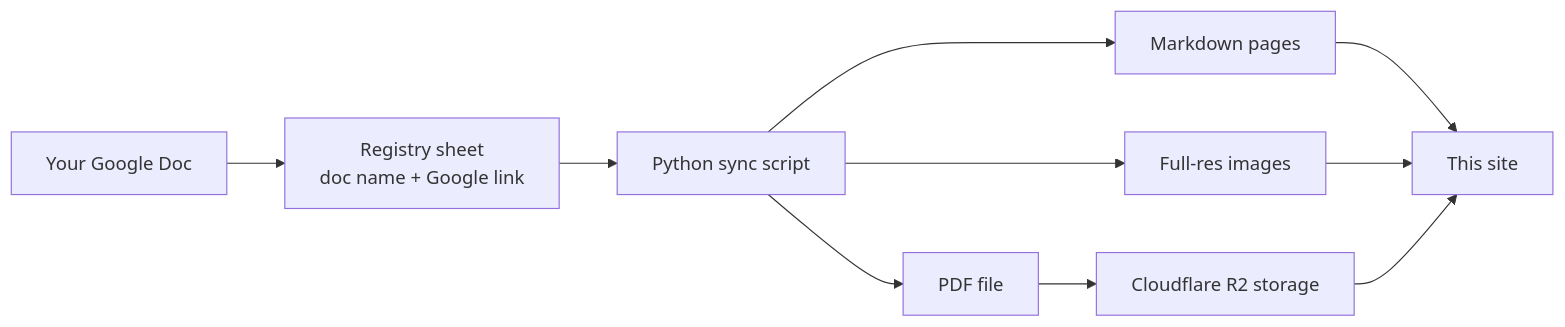
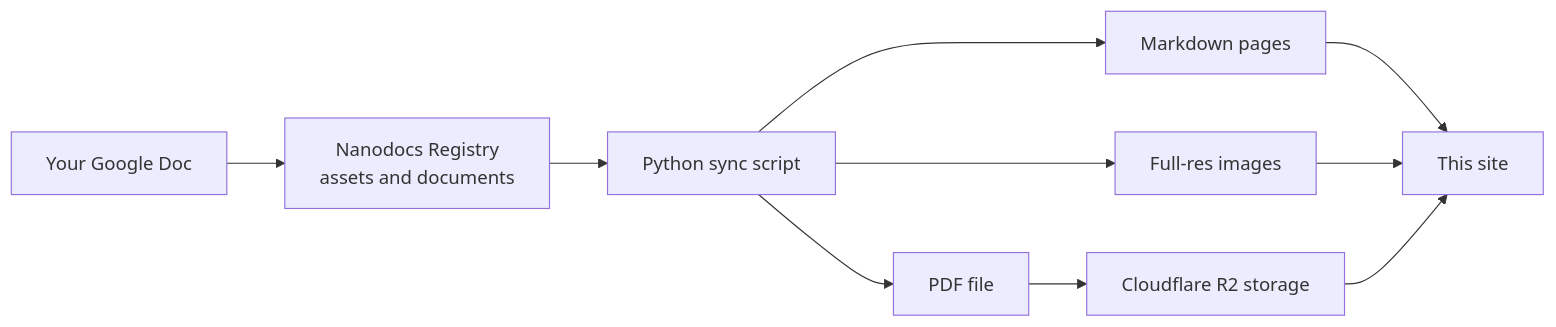
The diagram in docs/authoring/index.md (asrc-nanofab/nanodocs), drawn with Mermaid before and after one commit. The commit also changed other lines of this file and 560 other files, not shown here.

First line of the commit message:
Publish pages from the Nanodocs Registry.

````diff
--- a/docs/authoring/index.md
+++ b/docs/authoring/index.md
@@ -8,12 +8,12 @@
 ```mermaid
 flowchart LR
-    GD[Your Google Doc] --> REG[Registry sheet<br/>doc name + Google link]
+    GD[Your Google Doc] --> REG[Nanodocs Registry<br/>assets and documents]
     REG --> SYNC[Python sync script]
     SYNC --> MD[Markdown pages]
     SYNC --> IMG[Full-res images]
     SYNC --> PDF[PDF file]
     MD --> SITE[This site]
     IMG --> SITE
     PDF --> R2[Cloudflare R2 storage]
     R2 --> SITE
 ```
````
